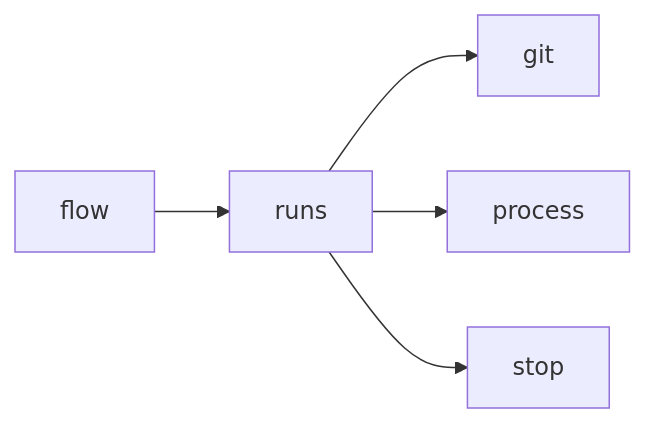
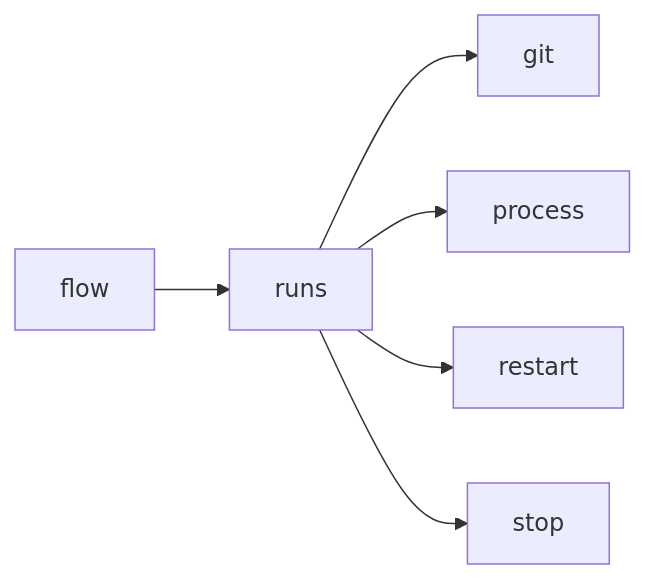
The third of 3 diagrams in docs/architecture/modules/runs.md (plaplanche/ariane), drawn with Mermaid before and after one commit. The commit also changed other lines of this file and 9 other files, not shown here.

````diff
--- a/docs/architecture/modules/runs.md
+++ b/docs/architecture/modules/runs.md
@@ -76,7 +77,8 @@
 ```mermaid
 flowchart LR
   flow --> runs
   runs --> git
   runs --> process
+  runs --> restart
   runs --> stop
 ```
````
